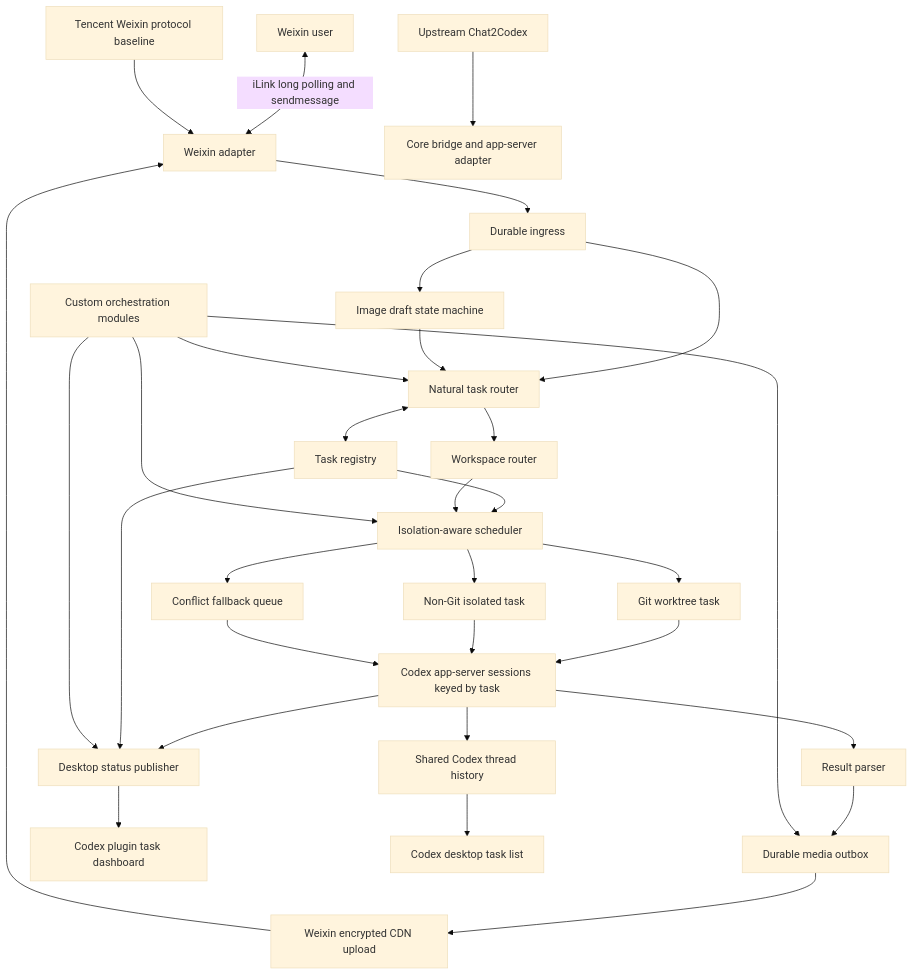
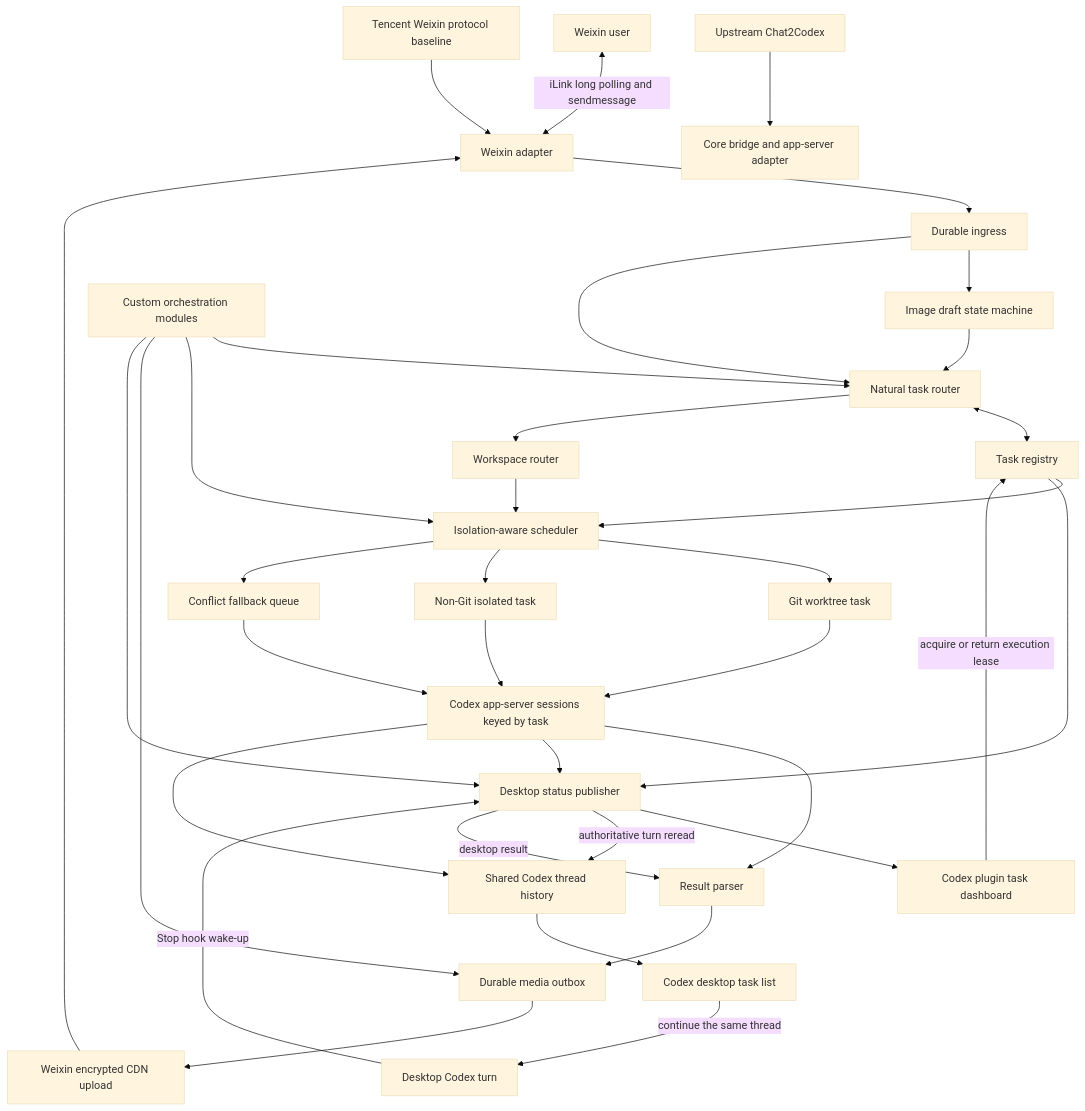
The diagram in docs/superpowers/specs/2026-08-01-weixin-codex-orchestrator-design.md (qhd1996/chat2codex), drawn with Mermaid (base theme) before and after one commit. The commit also changed other lines of this file, not shown here.

````diff
--- a/docs/superpowers/specs/2026-08-01-weixin-codex-orchestrator-design.md
+++ b/docs/superpowers/specs/2026-08-01-weixin-codex-orchestrator-design.md
@@ -55,38 +56,43 @@
 ```mermaid
 flowchart TB
   WX["Weixin user"] <-->|"iLink long polling and sendmessage"| WA["Weixin adapter"]
   WA --> IN["Durable ingress"]
   IN --> ID["Image draft state machine"]
   IN --> NR["Natural task router"]
   ID --> NR
 
   NR <--> TR["Task registry"]
   NR --> WR["Workspace router"]
   TR --> SCH["Isolation-aware scheduler"]
   WR --> SCH
 
   SCH --> GA["Git worktree task"]
   SCH --> NA["Non-Git isolated task"]
   SCH --> SQ["Conflict fallback queue"]
   GA --> CR["Codex app-server sessions keyed by task"]
   NA --> CR
   SQ --> CR
 
   CR --> RP["Result parser"]
   RP --> MO["Durable media outbox"]
   MO --> CDN["Weixin encrypted CDN upload"]
   CDN --> WA
 
   CR --> SP["Desktop status publisher"]
   TR --> SP
   SP --> DA["Codex plugin task dashboard"]
   CR --> SH["Shared Codex thread history"]
   SH --> DS["Codex desktop task list"]
+  DA -->|"acquire or return execution lease"| TR
+  DS -->|"continue the same thread"| DC["Desktop Codex turn"]
+  DC -->|"Stop hook wake-up"| SP
+  SP -->|"authoritative turn reread"| SH
+  SP -->|"desktop result"| RP
 
   UP["Upstream Chat2Codex"] --> CORE["Core bridge and app-server adapter"]
   TW["Tencent Weixin protocol baseline"] --> WA
   CUSTOM["Custom orchestration modules"] --> NR
   CUSTOM --> SCH
   CUSTOM --> MO
   CUSTOM --> SP
 ```
````
